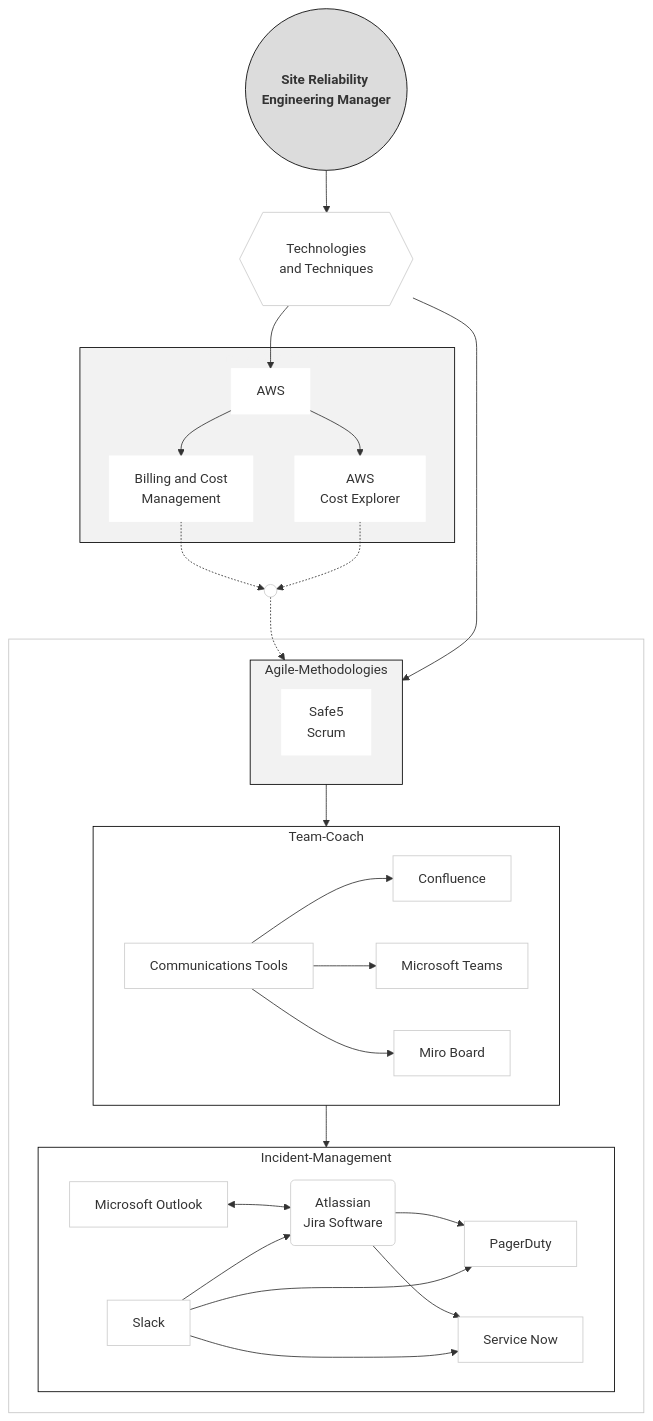
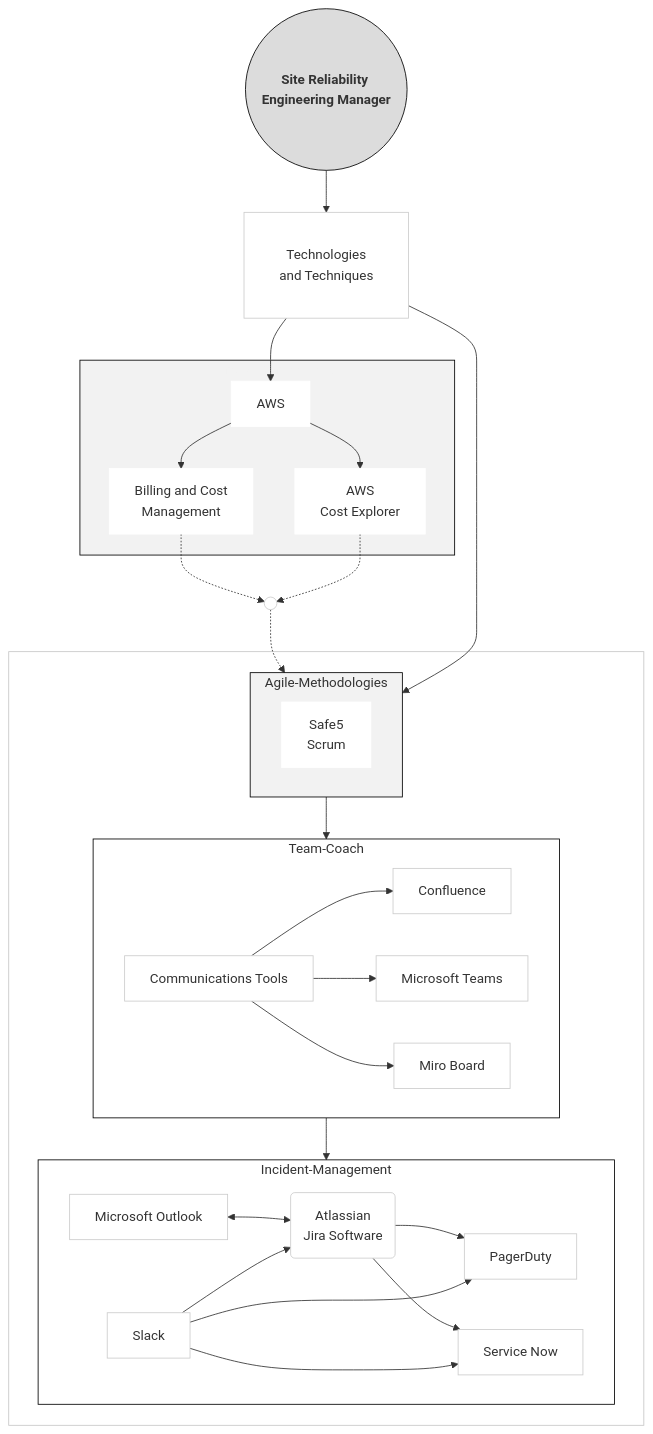
Before and after one commit to kjfigueroa/profile: the seventh of 7 diagrams in README.md, drawn with Mermaid. The commit also changed other lines of this file, not shown here.

````diff
--- a/README.md
+++ b/README.md
@@ -211,42 +213,42 @@
 ```mermaid
 flowchart TD
 sre((&nbsp;&nbsp;&nbsp;<b>Site Reliability&nbsp;&nbsp;&nbsp;</b>&nbsp;<br>&nbsp;&nbsp;&nbsp;<b>Engineering Manager&nbsp;&nbsp;&nbsp;</b>)); style sre fill:#dcdcdc,stroke:#000;
-tech{{<br>&nbsp;&nbsp;&nbsp;Technologies&nbsp;&nbsp;&nbsp;<br>&nbsp;&nbsp;&nbsp;and Techniques&nbsp;&nbsp;&nbsp;<br><br>}}; style tech fill:#fff,stroke:#ccc;
+tech[<br>&nbsp;&nbsp;&nbsp;Technologies&nbsp;&nbsp;&nbsp;<br>&nbsp;&nbsp;&nbsp;and Techniques&nbsp;&nbsp;&nbsp;<br><br>]; style tech fill:#fff,stroke:#ccc;
 sre --> tech
 subgraph Information-Tools; style Information-Tools color:#fff,fill:#fff,stroke:#c7c7c7;
     subgraph Agile-Methodologies; style Agile-Methodologies fill:#f2f2f2,stroke:#000;
         amethod[Safe5<br>Scrum]; style amethod fill:#fff,stroke:#fff;
     end
     subgraph Team-Coach; style Team-Coach fill:#fff,stroke:#000;
         comm[Communications Tools]; style comm fill:#fff,stroke:#ccc;
         conf[Confluence]; style conf fill:#fff,stroke:#ccc;
         teams[Microsoft Teams]; style teams fill:#fff,stroke:#ccc;
         miro[Miro Board]; style miro fill:#fff,stroke:#ccc;
         comm --> conf; comm --> teams; comm --> miro
     end
     subgraph Incident-Management; style Incident-Management fill:#fff,stroke:#000;
         direction LR
         jira(Atlassian<br>Jira Software); style jira fill:#fff,stroke:#ccc;
         OL[Microsoft Outlook]; style OL fill:#fff,stroke:#ccc;
         pduty[PagerDuty]; style pduty fill:#fff,stroke:#ccc;
         snow[Service Now]; style snow fill:#fff,stroke:#ccc;
         slack[Slack]; style slack fill:#fff,stroke:#ccc;
         jira --> pduty; jira --> snow
         OL <--> jira
         slack --> pduty; slack --> jira; slack --> snow
     end
     Agile-Methodologies --> Team-Coach --> Incident-Management
 end
 subgraph Financial-Management; style Financial-Management color:#f2f2f2,fill:#f2f2f2,stroke:#000; 
     AWS[AWS]; style AWS fill:#fff,stroke:#fff;
     BCM[Billing and Cost<br>Management];style BCM fill:#fff,stroke:#fff;
     ACS[AWS<br>Cost Explorer];style ACS fill:#fff,stroke:#fff;
     AWS --> BCM; AWS --> ACS;
 end
 POINT(( )); style POINT fill:#fff,stroke:#ccc;
 POINT -.-> Agile-Methodologies
 tech --> Agile-Methodologies
 tech --> AWS
 BCM -.-> POINT
 ACS -.-> POINT
 ```
````
